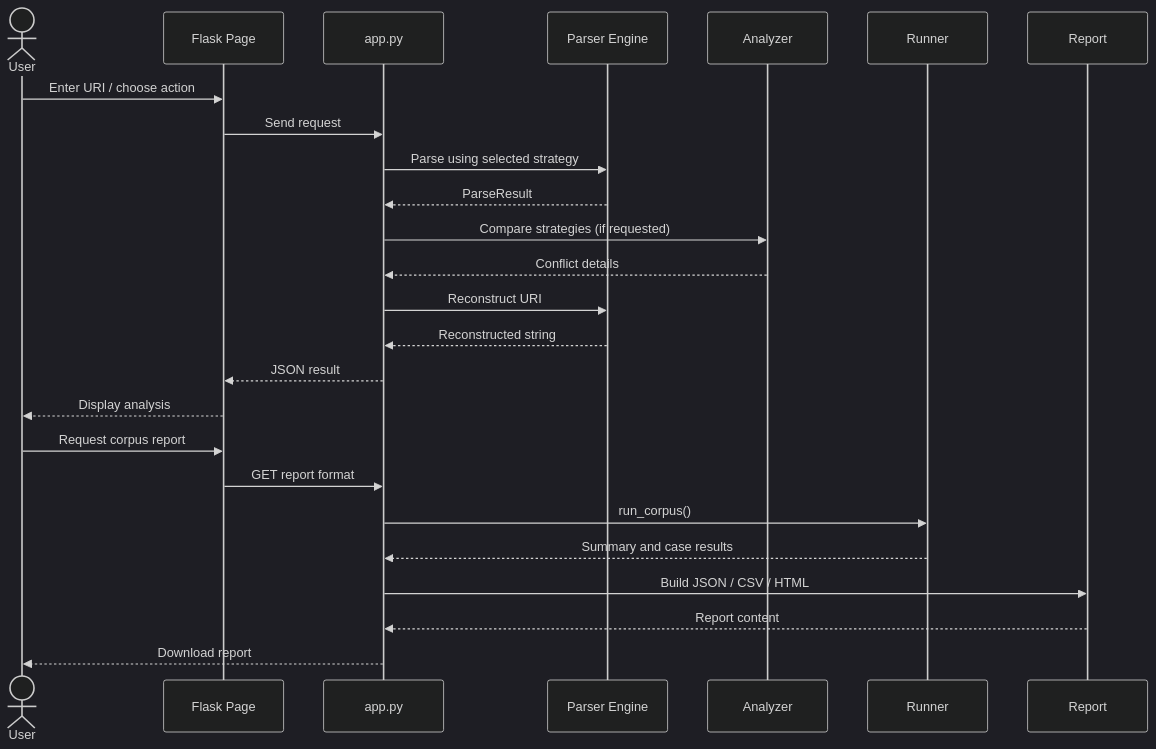
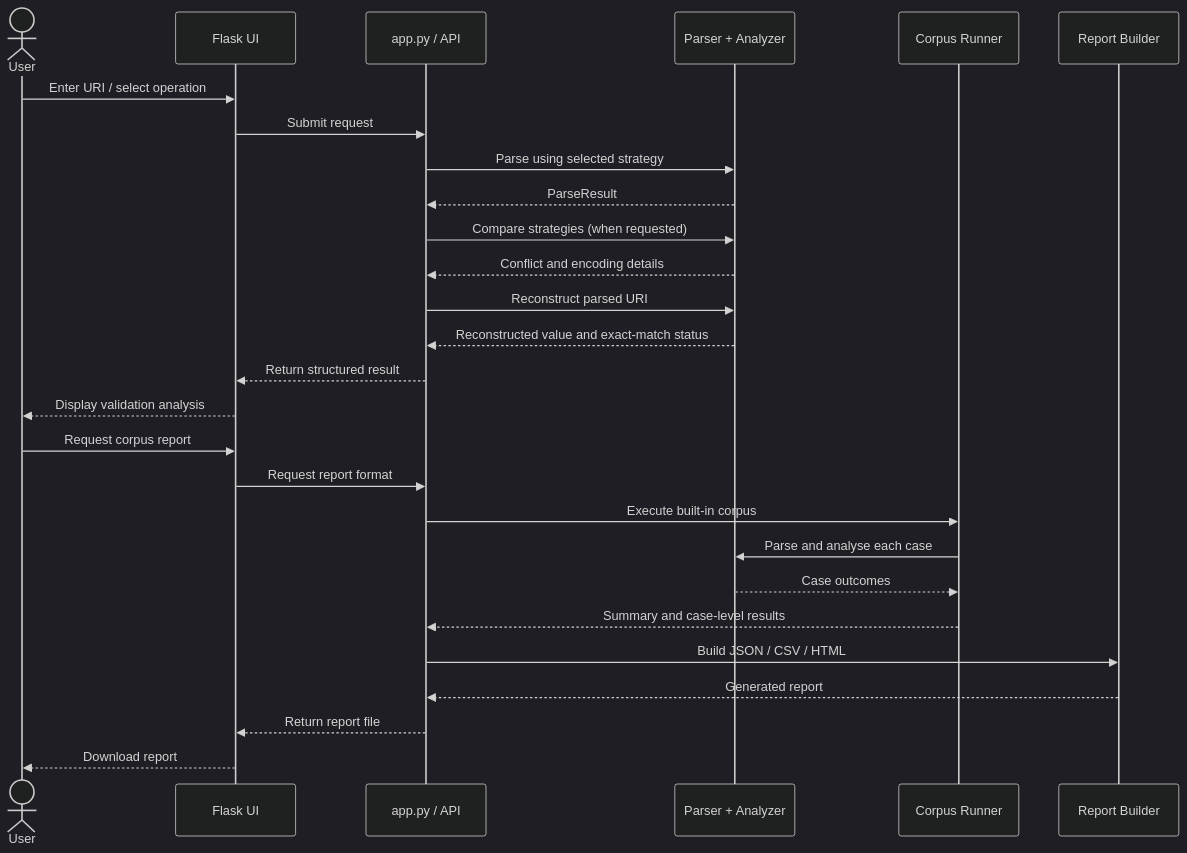
One commit to aiori-hackathon/A3-PS026-TC073 changed diagram 11 of 15 in README.md. Above: the diagram before and after it, drawn with Mermaid. The commit also changed other lines of this file, not shown here.

````diff
--- a/README.md
+++ b/README.md
@@ -1251,30 +1253,33 @@
 ```mermaid
 %%{init: {'theme':'dark','themeVariables': {'darkMode': true,'background':'#07111F','primaryColor':'#102A43','primaryTextColor':'#E6F6FF','primaryBorderColor':'#22D3EE','lineColor':'#38BDF8','secondaryColor':'#0B2238','tertiaryColor':'#123B63','fontFamily':'ui-monospace, SFMono-Regular, Consolas, monospace'}}}%%
 sequenceDiagram
     actor User
-    participant UI as Flask Page
-    participant App as app.py
-    participant Parser as Parser Engine
-    participant Analyzer
-    participant Runner
-    participant Report
+    participant UI as Flask UI
+    participant App as app.py / API
+    participant Engine as Parser + Analyzer
+    participant Runner as Corpus Runner
+    participant Report as Report Builder
 
-    User->>UI: Enter URI / choose action
-    UI->>App: Send request
-    App->>Parser: Parse using selected strategy
-    Parser-->>App: ParseResult
-    App->>Analyzer: Compare strategies (if requested)
-    Analyzer-->>App: Conflict details
-    App->>Parser: Reconstruct URI
-    Parser-->>App: Reconstructed string
-    App-->>UI: JSON result
-    UI-->>User: Display analysis
+    User->>UI: Enter URI / select operation
+    UI->>App: Submit request
+    App->>Engine: Parse using selected strategy
+    Engine-->>App: ParseResult
+    App->>Engine: Compare strategies (when requested)
+    Engine-->>App: Conflict and encoding details
+    App->>Engine: Reconstruct parsed URI
+    Engine-->>App: Reconstructed value and exact-match status
+    App-->>UI: Return structured result
+    UI-->>User: Display validation analysis
 
     User->>UI: Request corpus report
-    UI->>App: GET report format
-    App->>Runner: run_corpus()
-    Runner-->>App: Summary and case results
+    UI->>App: Request report format
+    App->>Runner: Execute built-in corpus
+    Runner->>Engine: Parse and analyse each case
+    Engine-->>Runner: Case outcomes
+    Runner-->>App: Summary and case-level results
     App->>Report: Build JSON / CSV / HTML
-    Report-->>App: Report content
-    App-->>User: Download report
+    Report-->>App: Generated report
+    App-->>UI: Return report file
+    UI-->>User: Download report
+
 ```
````
